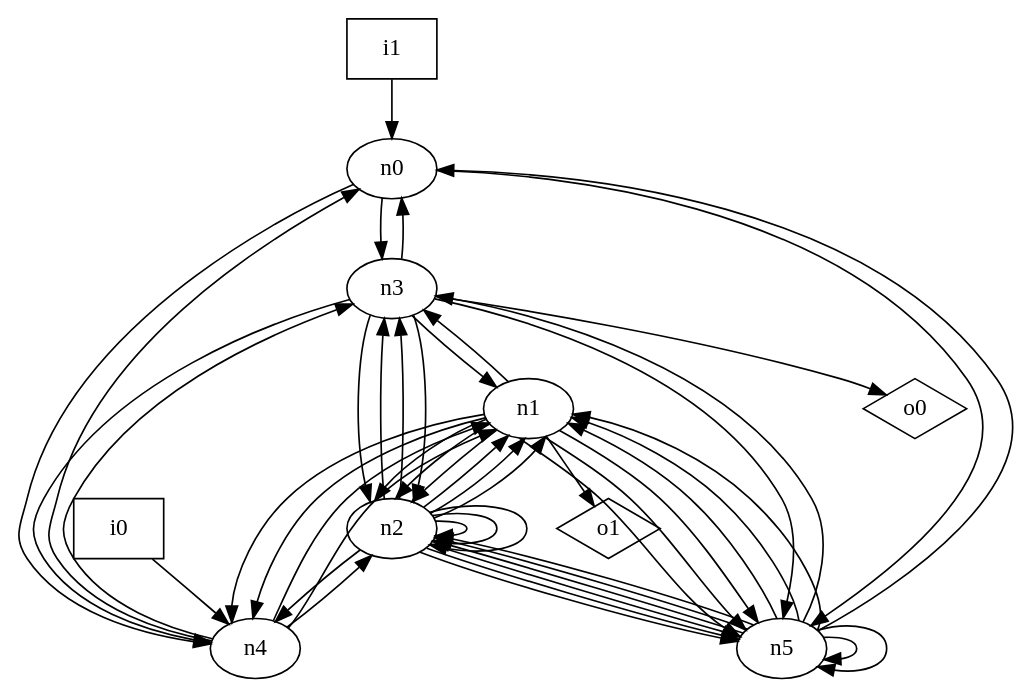
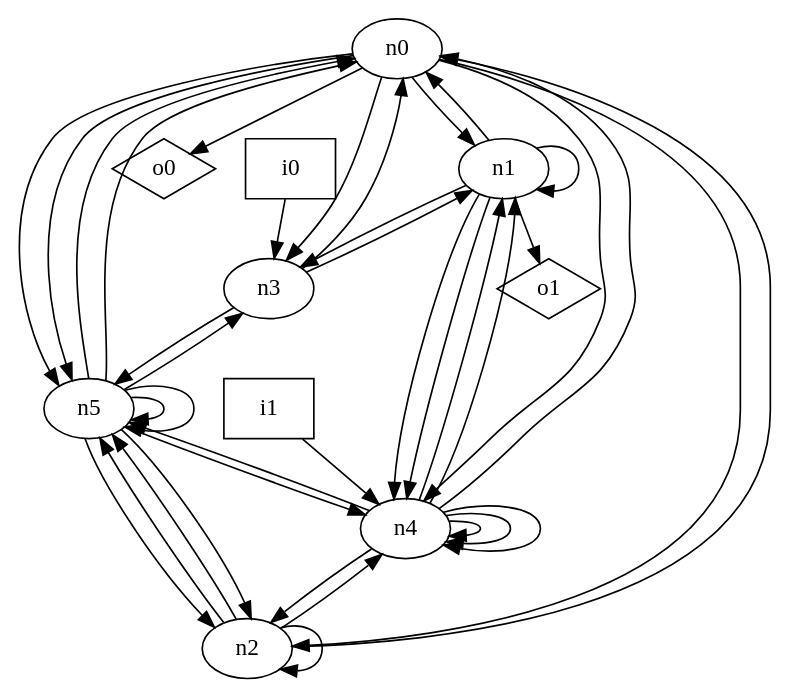
One commit to p9romain/bool-circuits changed the diagram in dot_files/random/random_undirected_graph.dot. Above: the diagram before and after it, drawn with Graphviz. The commit also changed 31 other files, not shown here.

```diff
--- a/dot_files/random/random_undirected_graph.dot
+++ b/dot_files/random/random_undirected_graph.dot
@@ -1,61 +1,51 @@
 digraph G {
 n0 [label="n0"];
 n1 [label="n1"];
 n2 [label="n2"];
 n3 [label="n3"];
 n4 [label="n4"];
 n5 [label="n5"];
 n6 [label="i0",shape="box"];
 n7 [label="i1",shape="box"];
 n8 [label="o0",shape="diamond"];
 n9 [label="o1",shape="diamond"];
+n0 -> n1
+n0 -> n2
 n0 -> n3
 n0 -> n4
 n0 -> n5
-n1 -> n2
-n1 -> n2
-n1 -> n2
+n0 -> n5
+n0 -> n8
+n1 -> n0
+n1 -> n1
 n1 -> n3
 n1 -> n4
 n1 -> n4
-n1 -> n5
-n1 -> n5
-n1 -> n5
 n1 -> n9
-n2 -> n1
-n2 -> n1
-n2 -> n1
+n2 -> n0
 n2 -> n2
-n2 -> n2
-n2 -> n2
-n2 -> n3
-n2 -> n3
 n2 -> n4
-n2 -> n5
 n2 -> n5
 n2 -> n5
 n3 -> n0
 n3 -> n1
-n3 -> n2
-n3 -> n2
-n3 -> n4
 n3 -> n5
-n3 -> n8
 n4 -> n0
 n4 -> n1
 n4 -> n1
 n4 -> n2
-n4 -> n3
+n4 -> n4
+n4 -> n4
+n4 -> n4
+n4 -> n5
 n5 -> n0
-n5 -> n1
-n5 -> n1
-n5 -> n1
-n5 -> n2
+n5 -> n0
 n5 -> n2
 n5 -> n2
 n5 -> n3
+n5 -> n4
 n5 -> n5
 n5 -> n5
-n6 -> n4
-n7 -> n0
+n6 -> n3
+n7 -> n4
 }
```
